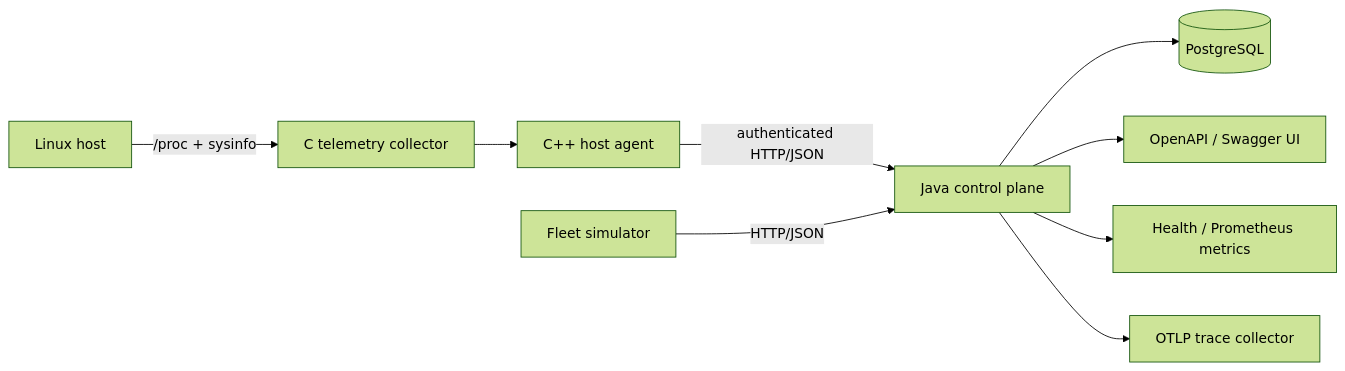
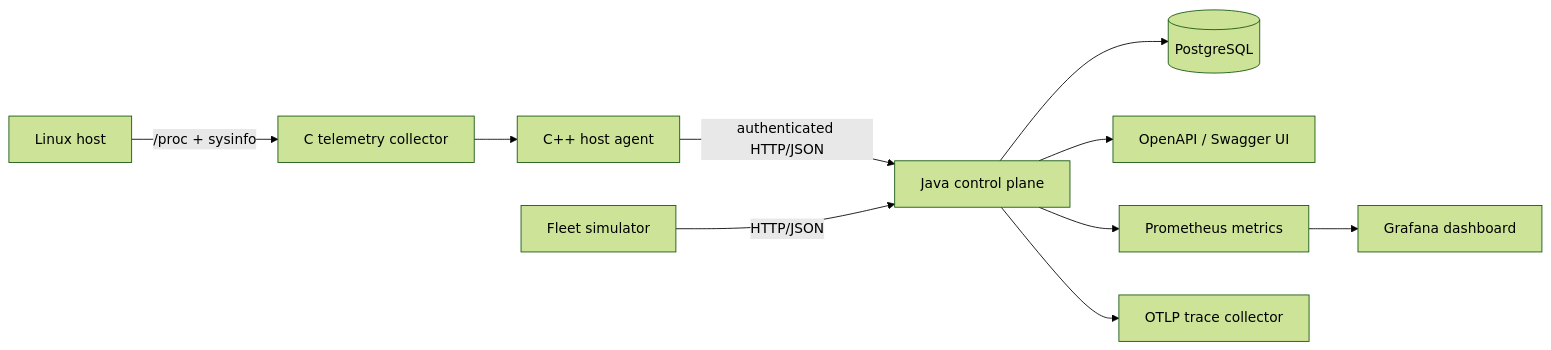
The diagram in README.md (yjr28/NorthStar), drawn with Mermaid (forest theme) before and after one commit. The commit also changed other lines of this file and 9 other files, not shown here.

First line of the commit message:
Provision Prometheus and Grafana control-plane dashboard (#18)

````diff
--- a/README.md
+++ b/README.md
@@ -9,11 +9,12 @@
 ```mermaid
 flowchart LR
     H[Linux host] -->|/proc + sysinfo| C[C telemetry collector]
     C --> A[C++ host agent]
     A -->|authenticated HTTP/JSON| J[Java control plane]
     J --> P[(PostgreSQL)]
     S[Fleet simulator] -->|HTTP/JSON| J
     J --> O[OpenAPI / Swagger UI]
-    J --> M[Health / Prometheus metrics]
+    J --> M[Prometheus metrics]
+    M --> G[Grafana dashboard]
     J --> T[OTLP trace collector]
 ```
````
